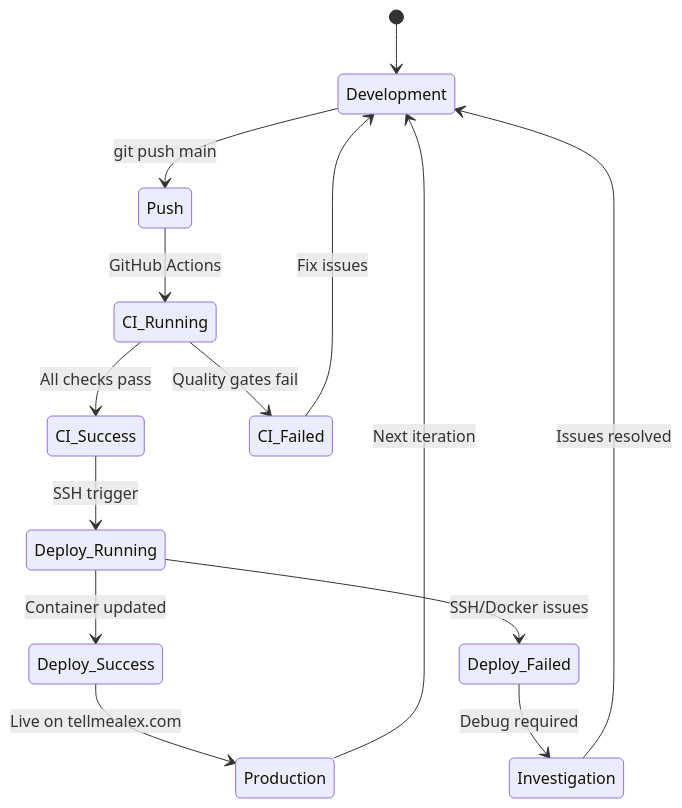
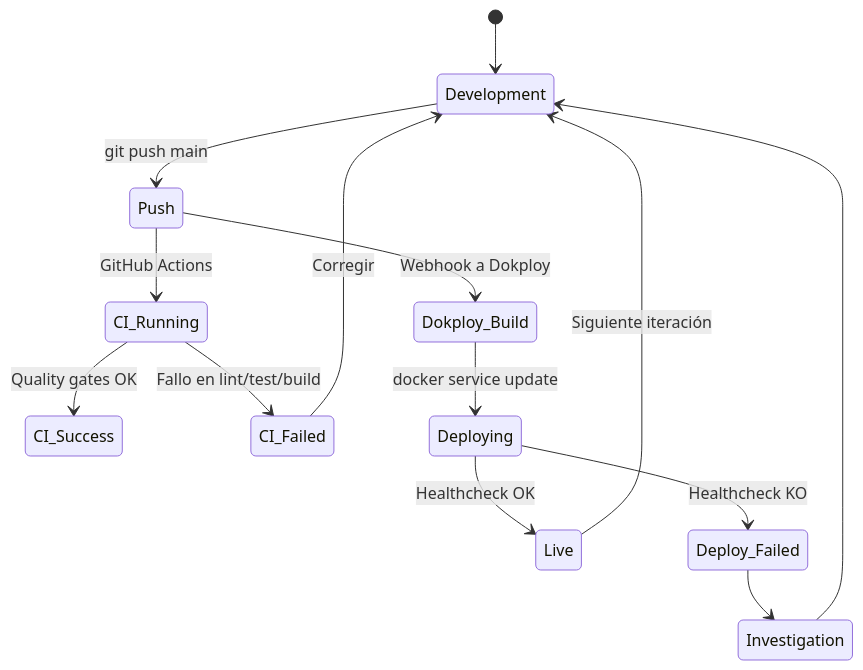
One commit to TellMeAlex/portfolio changed the ninth of 9 diagrams in docs/CI-CD.md. Above: the diagram before and after it, drawn with Mermaid. The commit also changed other lines of this file and 1 other file, not shown here.

First line of the commit message:
docs: rewrite CI-CD.md and TROUBLESHOOTING.md for Dokploy deploy (#92)

````diff
--- a/docs/CI-CD.md
+++ b/docs/CI-CD.md
@@ -356,16 +345,16 @@
 ```mermaid
 stateDiagram-v2
     [*] --> Development
     Development --> Push: git push main
     Push --> CI_Running: GitHub Actions
-    CI_Running --> CI_Success: All checks pass
-    CI_Running --> CI_Failed: Quality gates fail
-    CI_Failed --> Development: Fix issues
-    CI_Success --> Deploy_Running: SSH trigger
-    Deploy_Running --> Deploy_Success: Container updated
-    Deploy_Running --> Deploy_Failed: SSH/Docker issues
-    Deploy_Failed --> Investigation: Debug required
-    Deploy_Success --> Production: Live on tellmealex.com
-    Production --> Development: Next iteration
-    Investigation --> Development: Issues resolved
+    Push --> Dokploy_Build: Webhook a Dokploy
+    CI_Running --> CI_Success: Quality gates OK
+    CI_Running --> CI_Failed: Fallo en lint/test/build
+    CI_Failed --> Development: Corregir
+    Dokploy_Build --> Deploying: docker service update
+    Deploying --> Live: Healthcheck OK
+    Deploying --> Deploy_Failed: Healthcheck KO
+    Deploy_Failed --> Investigation
+    Investigation --> Development
+    Live --> Development: Siguiente iteración
 ```
````
